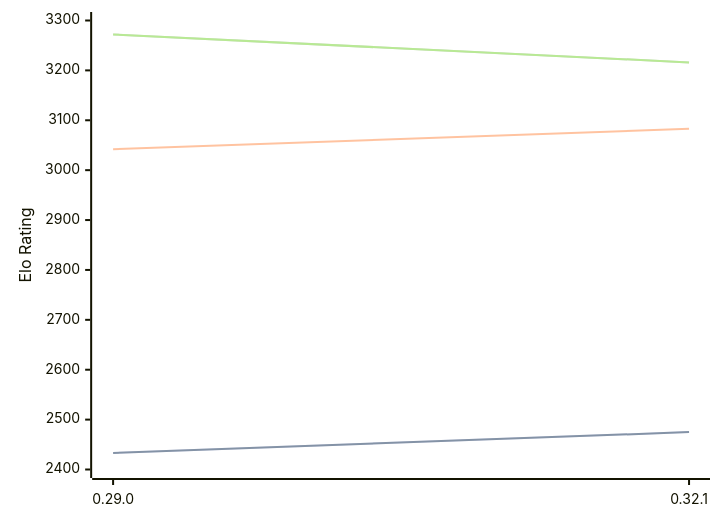
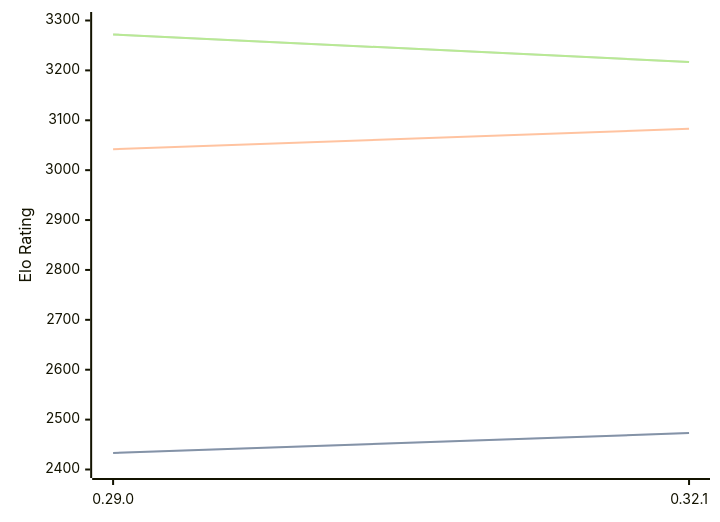
One commit to computer-chess-index/cci changed the diagram in engines/Lc0.md. Above: the diagram before and after it, drawn with Mermaid. The commit also changed other lines of this file, not shown here.

Commit message:
Update CCI Ratings (ELO VLTC) - 2026-03-02

````diff
--- a/engines/Lc0.md
+++ b/engines/Lc0.md
@@ -66,11 +66,11 @@
 ```mermaid
 %%{init: {"theme":"base","themeVariables":{"seriesColors:['#a3a3a3','#222221','#faa371']}}}%%
 xychart-beta
   x-axis ["0.29.0", "0.32.1"]
   y-axis "Elo Rating" 2400 --> 3300
-  line "STC (8.0+0.08s)" [2433, 2475]
-  line "STC (8.0+0.08s)" [2433, 2475]
+  line "STC (8.0+0.08s)" [2433, 2473]
+  line "STC (8.0+0.08s)" [2433, 2473]
   line "LTC (60.0+0.60s)" [3042, 3083]
-  line "VLTC (2m24s+1.12s)" [3272, 3216]
-  line "VLTC (2m24s+1.12s)" [3272, 3216]
+  line "VLTC (2m24s+1.12s)" [3272, 3217]
+  line "VLTC (2m24s+1.12s)" [3272, 3217]
 ```
````
